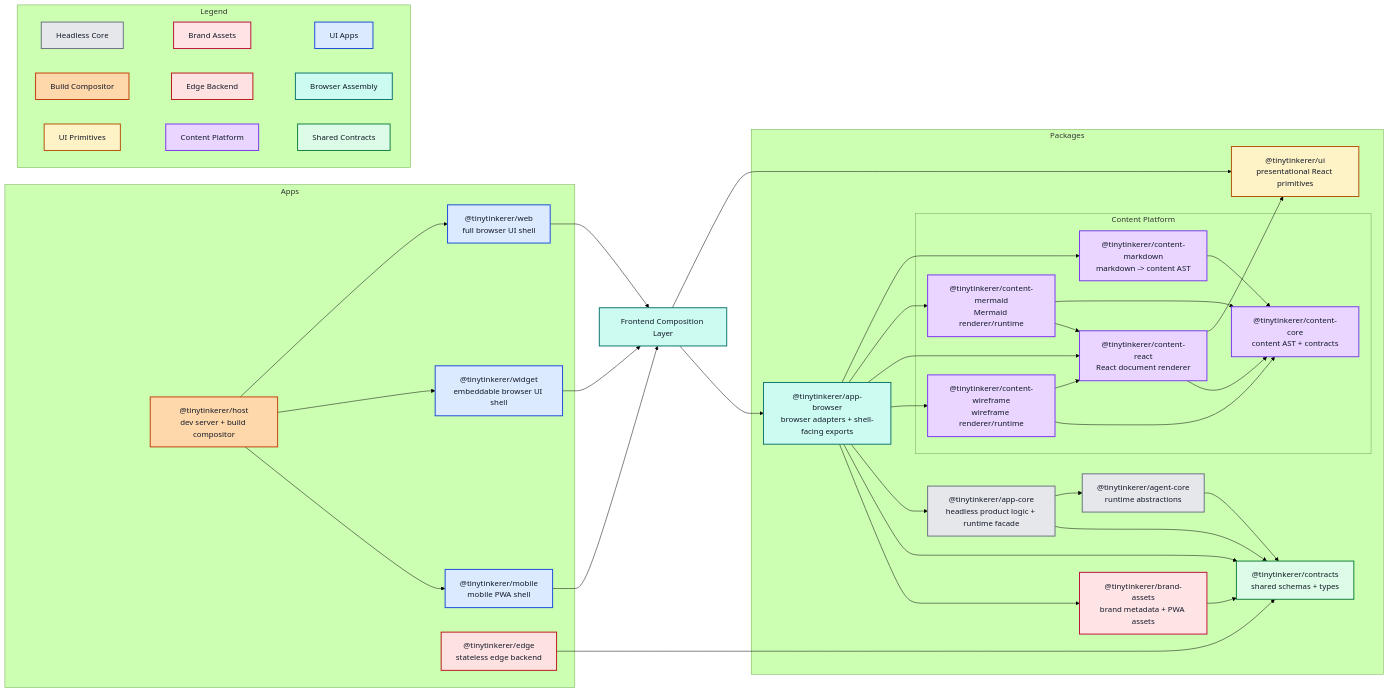
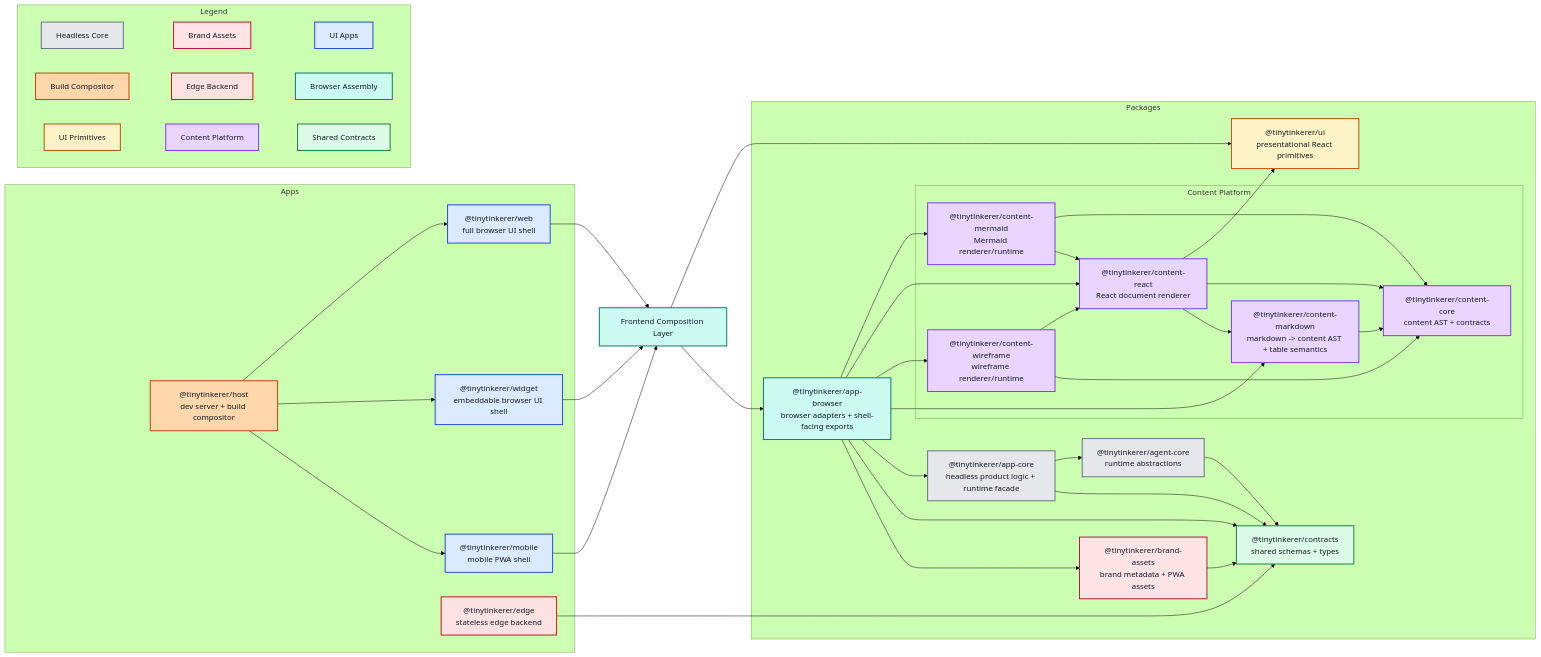
One commit to NNTin/tinytinkerer changed the diagram in docs/ARCHITECTURE.md. Above: the diagram before and after it, drawn with Mermaid (forest theme). The commit also changed other lines of this file and 12 other files, not shown here.

```diff
--- a/docs/ARCHITECTURE.md
+++ b/docs/ARCHITECTURE.md
@@ -54,7 +54,7 @@
 
     subgraph ContentPlatform["Content Platform"]
       contentcore["@tinytinkerer/content-core<br/>content AST + contracts"]
-      contentmarkdown["@tinytinkerer/content-markdown<br/>markdown -> content AST"]
+      contentmarkdown["@tinytinkerer/content-markdown<br/>markdown -> content AST + table semantics"]
       contentreact["@tinytinkerer/content-react<br/>React document renderer"]
       contentmermaid["@tinytinkerer/content-mermaid<br/>Mermaid renderer/runtime"]
       contentwireframe["@tinytinkerer/content-wireframe<br/>wireframe renderer/runtime"]
@@ -76,10 +76,10 @@
   appcore --> agent
   appcore --> contracts
 
-  appbrowser --> contentmarkdown
   appbrowser --> contentmermaid
   appbrowser --> contentreact
   appbrowser --> contentwireframe
+  appbrowser --> contentmarkdown
   appbrowser --> appcore
   appbrowser --> contracts
   appbrowser --> brand
@@ -87,6 +87,7 @@
   contentmarkdown --> contentcore
   contentreact --> ui
   contentreact --> contentcore
+  contentreact --> contentmarkdown
   contentmermaid --> contentcore
   contentmermaid --> contentreact
   contentwireframe --> contentreact
```
